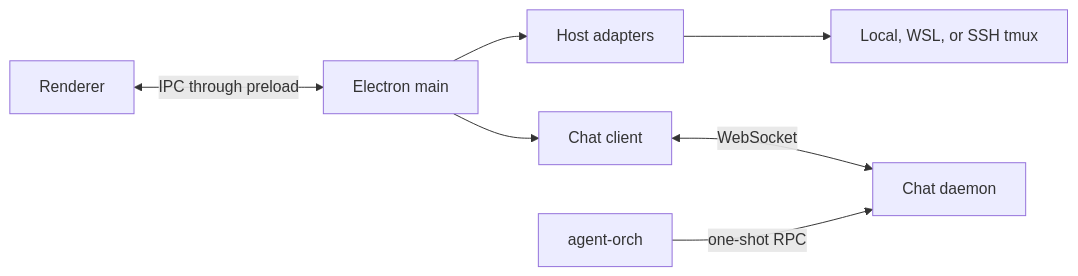
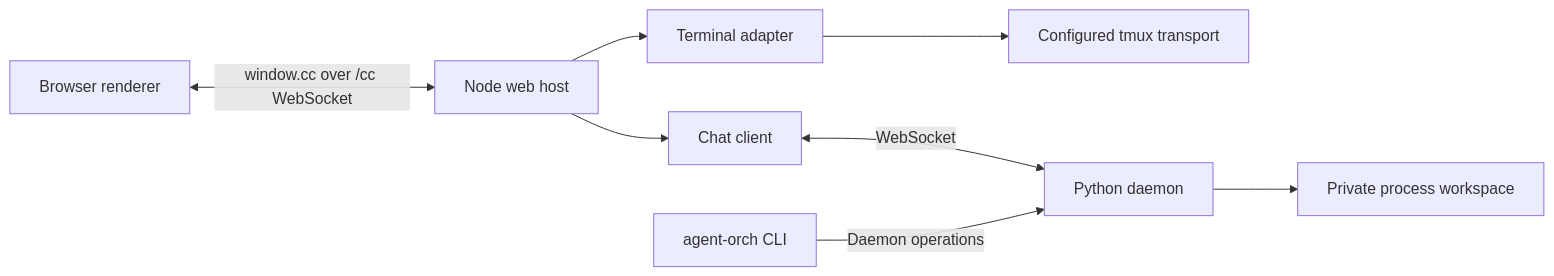
One commit to HJK6/pentacle changed the diagram in docs/ARCHITECTURE.md. Above: the diagram before and after it, drawn with Mermaid. The commit also changed other lines of this file and 39 other files, not shown here.

````diff
--- a/docs/ARCHITECTURE.md
+++ b/docs/ARCHITECTURE.md
@@ -25,9 +33,10 @@
 ```mermaid
 flowchart LR
-  R[Renderer] <-->|IPC through preload| M[Electron main]
-  M --> H[Host adapters]
-  H --> T[Local, WSL, or SSH tmux]
-  M --> C[Chat client]
-  C <-->|WebSocket| D[Chat daemon]
-  A[agent-orch] -->|one-shot RPC| D
+  R[Browser renderer] <-->|window.cc over /cc WebSocket| W[Node web host]
+  W --> H[Terminal adapter]
+  H --> T[Configured tmux transport]
+  W --> C[Chat client]
+  C <-->|WebSocket| D[Python daemon]
+  A[agent-orch CLI] -->|Daemon operations| D
+  D --> P[Private process workspace]
 ```
````
